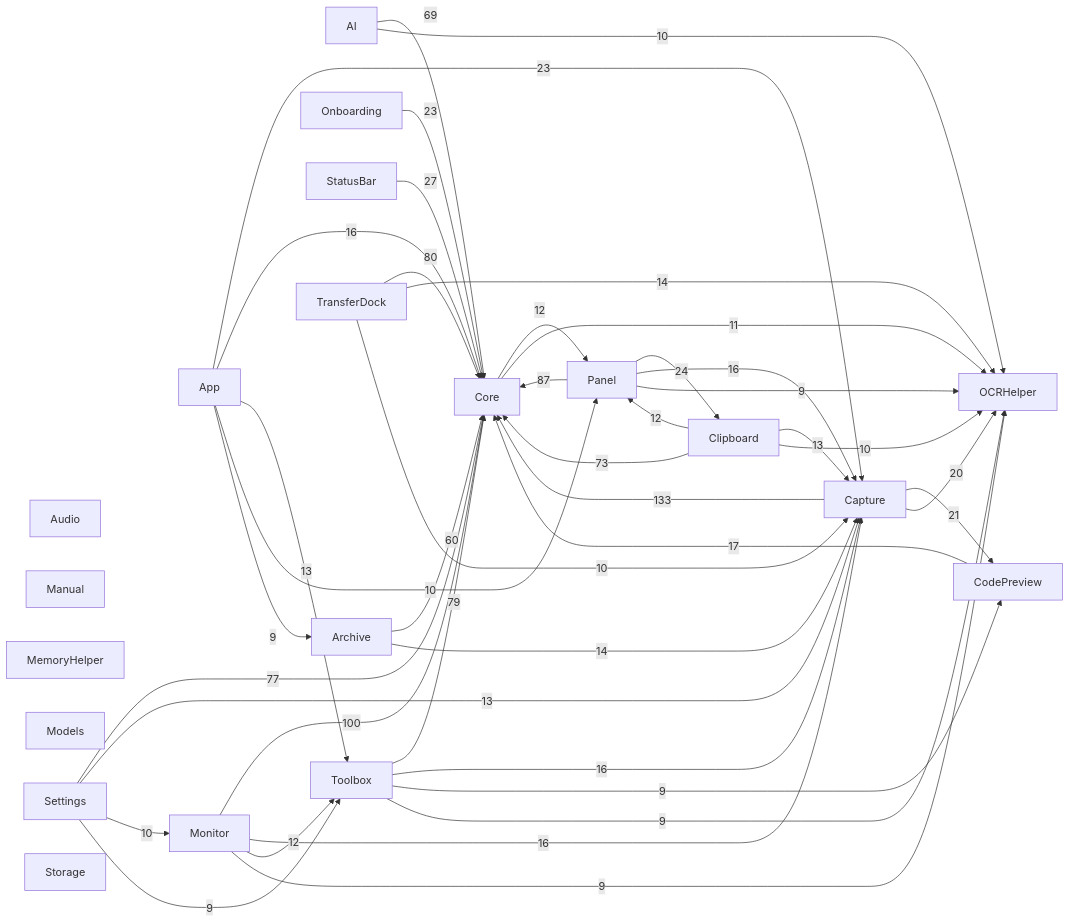
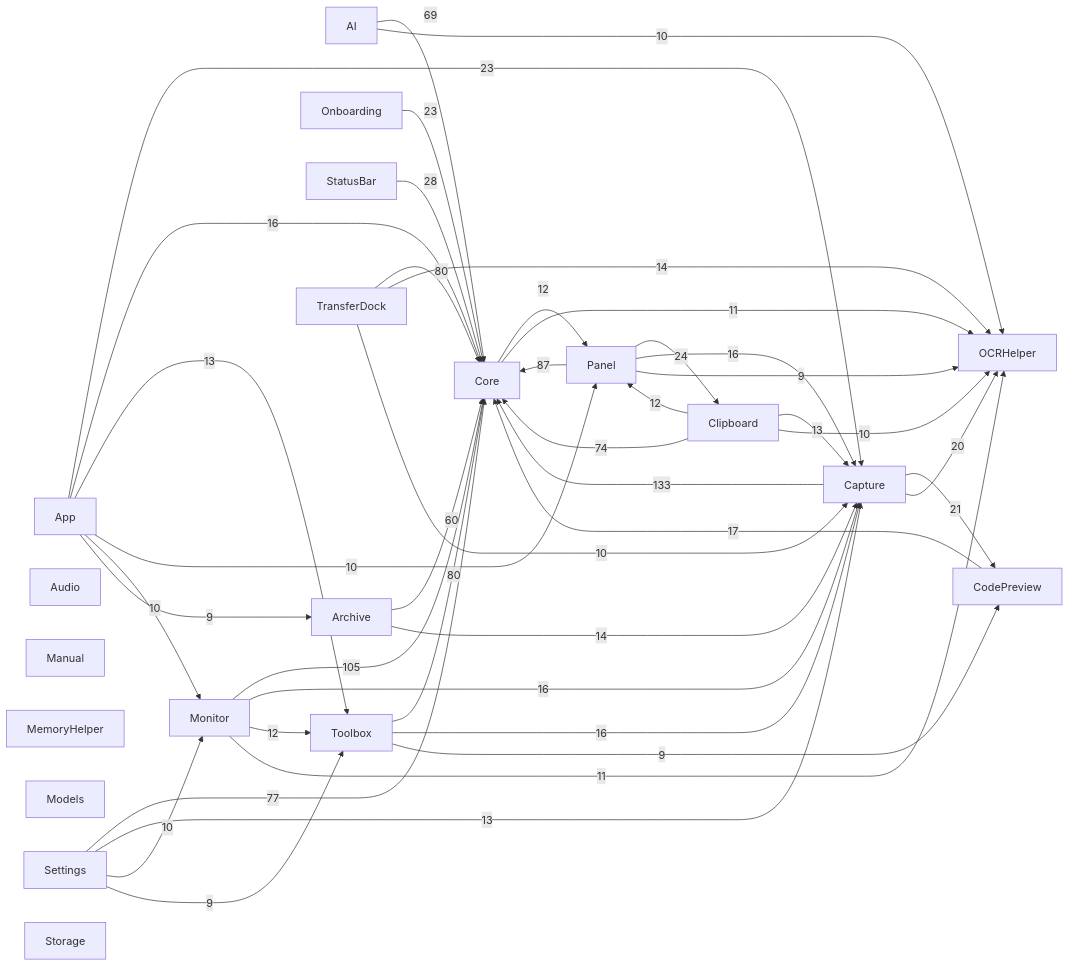
Before and after one commit to sxyq/Kitnest: the diagram in docs/00-总览/模块依赖图.md, drawn with Mermaid. The commit also changed other lines of this file and 9 other files, not shown here.

````diff
--- a/docs/00-总览/模块依赖图.md
+++ b/docs/00-总览/模块依赖图.md
@@ -34,63 +34,63 @@
 ```mermaid
 flowchart LR
   M0["AI"]
   M1["App"]
   M2["Archive"]
   M3["Audio"]
   M4["Capture"]
   M5["Clipboard"]
   M6["CodePreview"]
   M7["Core"]
   M8["Manual"]
   M9["MemoryHelper"]
   M10["Models"]
   M11["Monitor"]
   M12["OCRHelper"]
   M13["Onboarding"]
   M14["Panel"]
   M15["Settings"]
   M16["StatusBar"]
   M17["Storage"]
   M18["Toolbox"]
   M19["TransferDock"]
   M4 -->|133| M7
-  M11 -->|100| M7
+  M11 -->|105| M7
   M14 -->|87| M7
+  M18 -->|80| M7
   M19 -->|80| M7
-  M18 -->|79| M7
   M15 -->|77| M7
-  M5 -->|73| M7
+  M5 -->|74| M7
   M0 -->|69| M7
   M2 -->|60| M7
-  M16 -->|27| M7
+  M16 -->|28| M7
   M14 -->|24| M5
   M1 -->|23| M4
   M13 -->|23| M7
   M4 -->|21| M6
   M4 -->|20| M12
   M6 -->|17| M7
   M1 -->|16| M7
   M11 -->|16| M4
   M14 -->|16| M4
   M18 -->|16| M4
   M2 -->|14| M4
   M19 -->|14| M12
   M1 -->|13| M18
   M15 -->|13| M4
   M5 -->|13| M4
   M7 -->|12| M14
   M11 -->|12| M18
   M5 -->|12| M14
   M7 -->|11| M12
+  M11 -->|11| M12
   M1 -->|10| M14
+  M1 -->|10| M11
   M15 -->|10| M11
   M0 -->|10| M12
   M19 -->|10| M4
   M5 -->|10| M12
   M1 -->|9| M2
   M15 -->|9| M18
-  M11 -->|9| M12
   M14 -->|9| M12
   M18 -->|9| M6
-  M18 -->|9| M12
 ```
````
